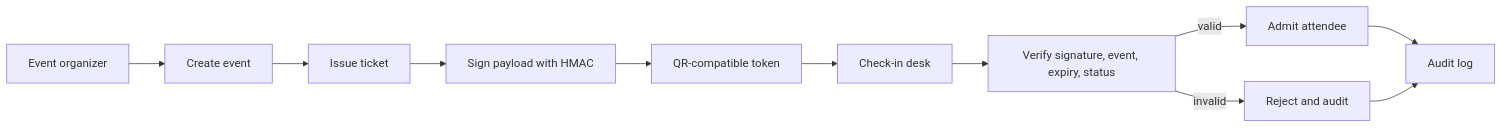
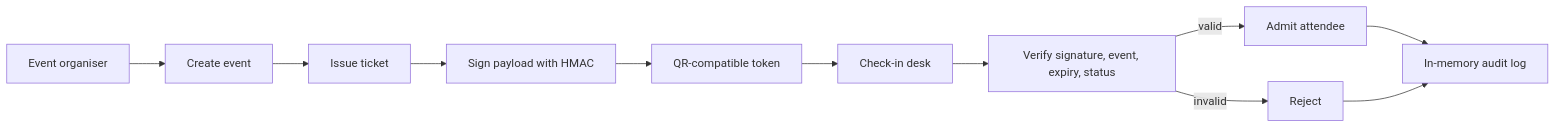
One commit to realicon23/qr-ticket-validator changed the diagram in README.md. Above: the diagram before and after it, drawn with Mermaid. The commit also changed other lines of this file and 20 other files, not shown here.

````diff
--- a/README.md
+++ b/README.md
@@ -30,13 +32,13 @@
 ```mermaid
 flowchart LR
-    Organizer["Event organizer"] --> Event["Create event"]
+    Organiser["Event organiser"] --> Event["Create event"]
     Event --> Ticket["Issue ticket"]
     Ticket --> Sign["Sign payload with HMAC"]
     Sign --> QR["QR-compatible token"]
     QR --> Gate["Check-in desk"]
     Gate --> Verify["Verify signature, event, expiry, status"]
     Verify -->|valid| Admit["Admit attendee"]
-    Verify -->|invalid| Reject["Reject and audit"]
-    Admit --> Audit["Audit log"]
+    Verify -->|invalid| Reject["Reject"]
+    Admit --> Audit["In-memory audit log"]
     Reject --> Audit
 ```
````
